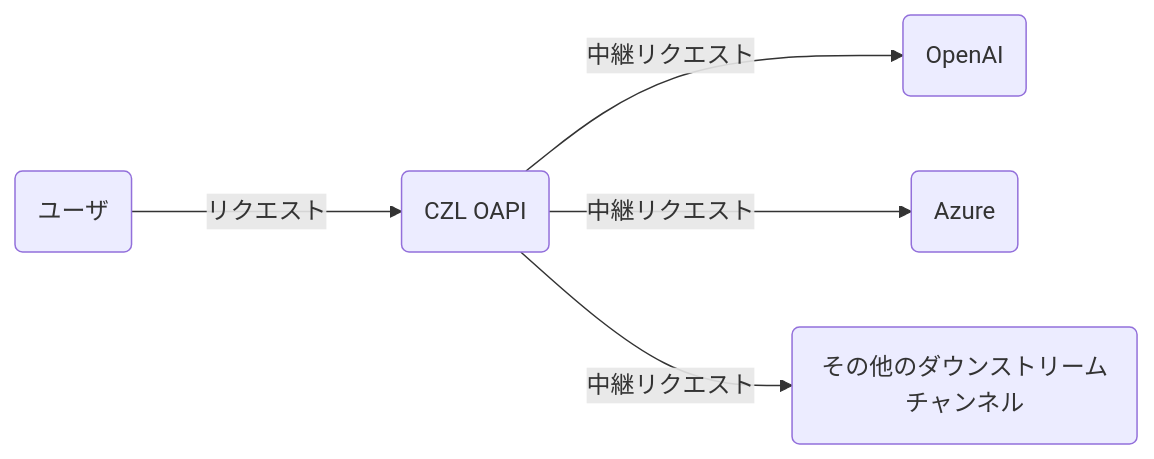
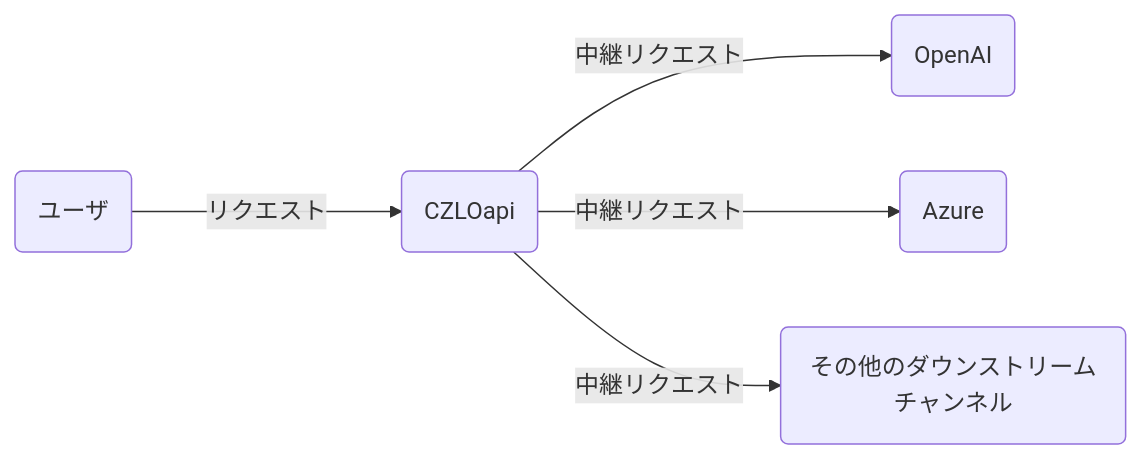
The diagram in README.ja.md (MartialBE/one-hub), drawn with Mermaid before and after one commit. The commit also changed other lines of this file and 66 other files, not shown here.

````diff
--- a/README.ja.md
+++ b/README.ja.md
@@ -246,8 +246,8 @@
 ```mermaid
 graph LR
     A(ユーザ)
-    A --->|リクエスト| B(CZL OAPI)
+    A --->|リクエスト| B(CZLOapi)
     B -->|中継リクエスト| C(OpenAI)
     B -->|中継リクエスト| D(Azure)
     B -->|中継リクエスト| E(その他のダウンストリームチャンネル)
 ```
````
